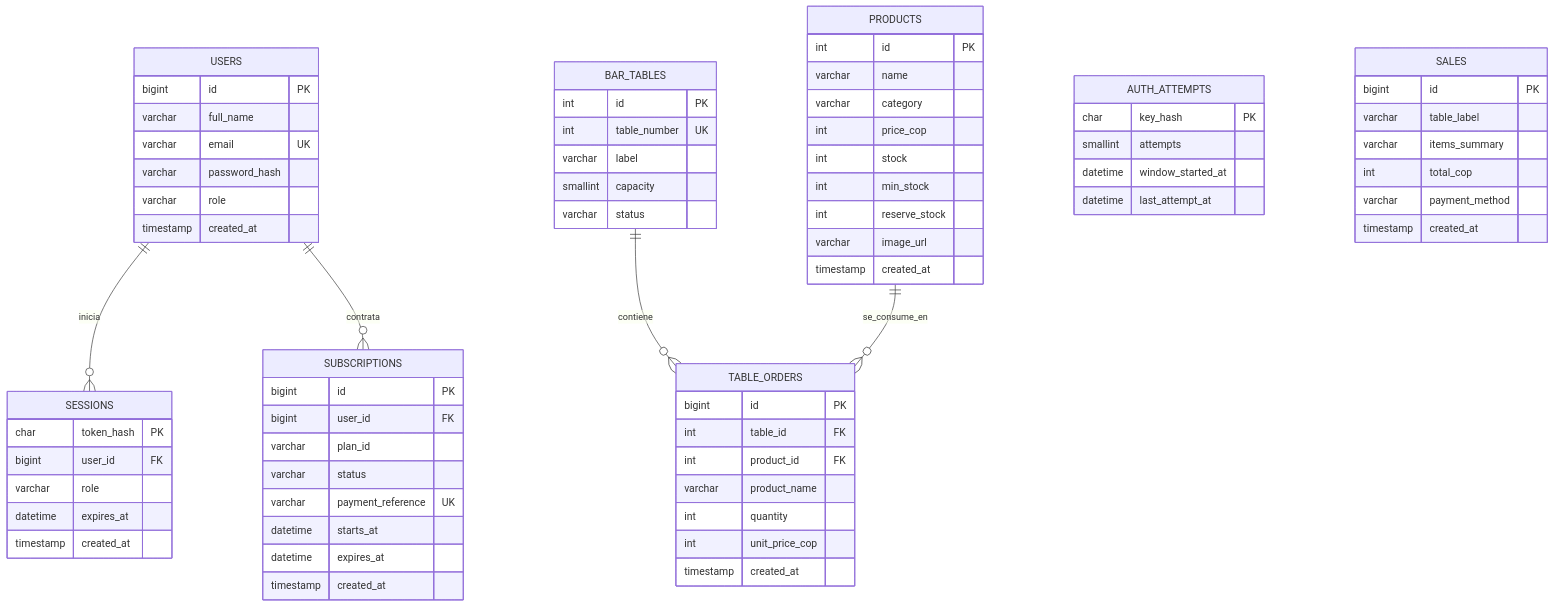
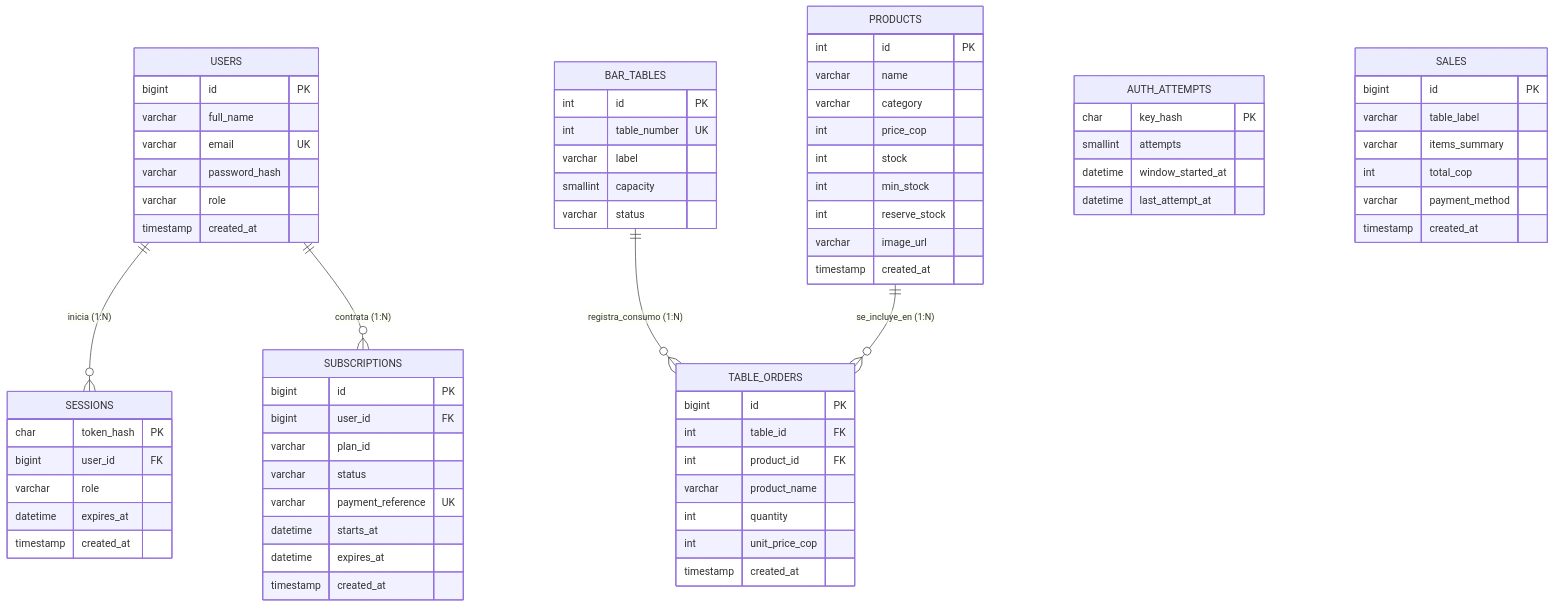
One commit to andresmunoz-dot/Gestion-Bar changed the first of 7 diagrams in docs/DOCUMENTACION_TECNICA.md. Above: the diagram before and after it, drawn with Mermaid. The commit also changed other lines of this file, not shown here.

````diff
--- a/docs/DOCUMENTACION_TECNICA.md
+++ b/docs/DOCUMENTACION_TECNICA.md
@@ -56,81 +28,81 @@
 ```mermaid
 erDiagram
-    USERS ||--o{ SESSIONS : "inicia"
-    USERS ||--o{ SUBSCRIPTIONS : "contrata"
-    BAR_TABLES ||--o{ TABLE_ORDERS : "contiene"
-    PRODUCTS ||--o{ TABLE_ORDERS : "se_consume_en"
+    USERS ||--o{ SESSIONS : "inicia (1:N)"
+    USERS ||--o{ SUBSCRIPTIONS : "contrata (1:N)"
+    BAR_TABLES ||--o{ TABLE_ORDERS : "registra_consumo (1:N)"
+    PRODUCTS ||--o{ TABLE_ORDERS : "se_incluye_en (1:N)"
 
     USERS {
         bigint id PK
         varchar full_name
         varchar email UK
         varchar password_hash
         varchar role
         timestamp created_at
     }
 
     SESSIONS {
         char token_hash PK
         bigint user_id FK
         varchar role
         datetime expires_at
         timestamp created_at
     }
 
     SUBSCRIPTIONS {
         bigint id PK
         bigint user_id FK
         varchar plan_id
         varchar status
         varchar payment_reference UK
         datetime starts_at
         datetime expires_at
         timestamp created_at
     }
 
     AUTH_ATTEMPTS {
         char key_hash PK
         smallint attempts
         datetime window_started_at
         datetime last_attempt_at
     }
 
-    BAR_TABLES {
-        int id PK
-        int table_number UK
-        varchar label
-        smallint capacity
-        varchar status
-    }
-
     PRODUCTS {
         int id PK
         varchar name
         varchar category
         int price_cop
         int stock
         int min_stock
         int reserve_stock
         varchar image_url
         timestamp created_at
+    }
+
+    BAR_TABLES {
+        int id PK
+        int table_number UK
+        varchar label
+        smallint capacity
+        varchar status
     }
 
     TABLE_ORDERS {
         bigint id PK
         int table_id FK
         int product_id FK
         varchar product_name
         int quantity
         int unit_price_cop
         timestamp created_at
     }
 
     SALES {
         bigint id PK
         varchar table_label
         varchar items_summary
         int total_cop
         varchar payment_method
         timestamp created_at
     }
 ```
````
